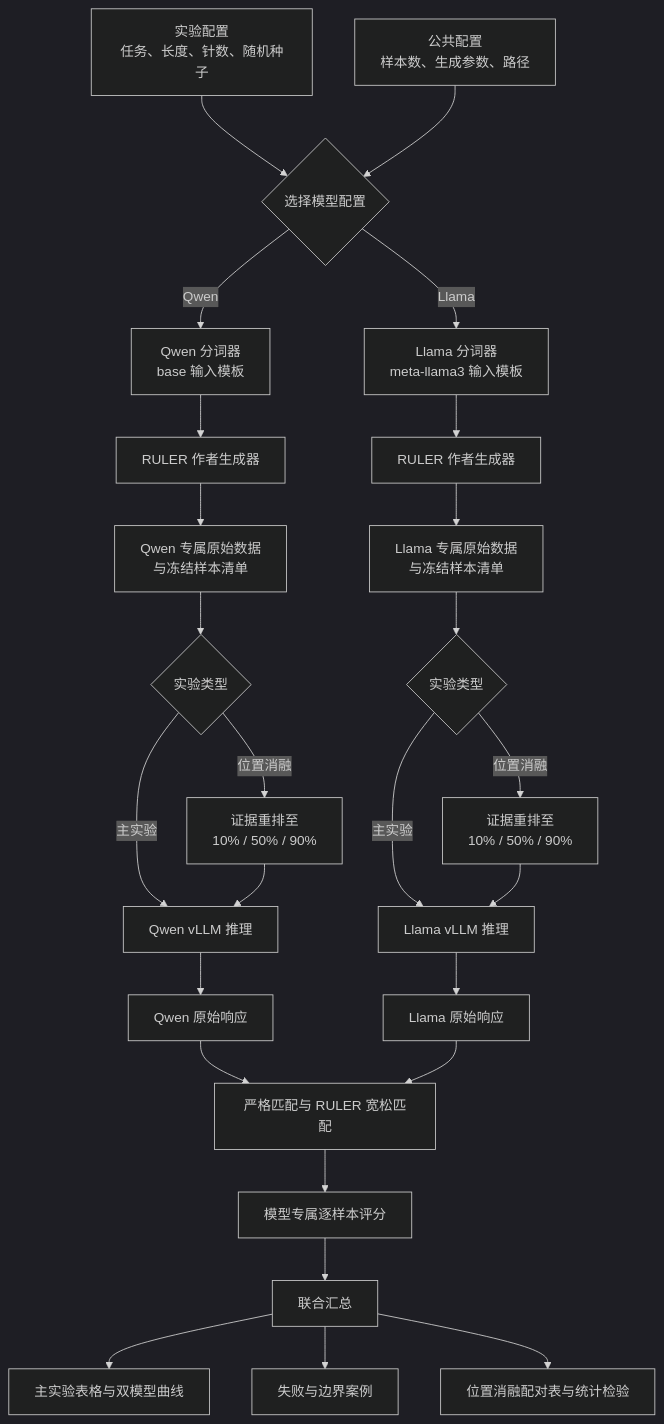
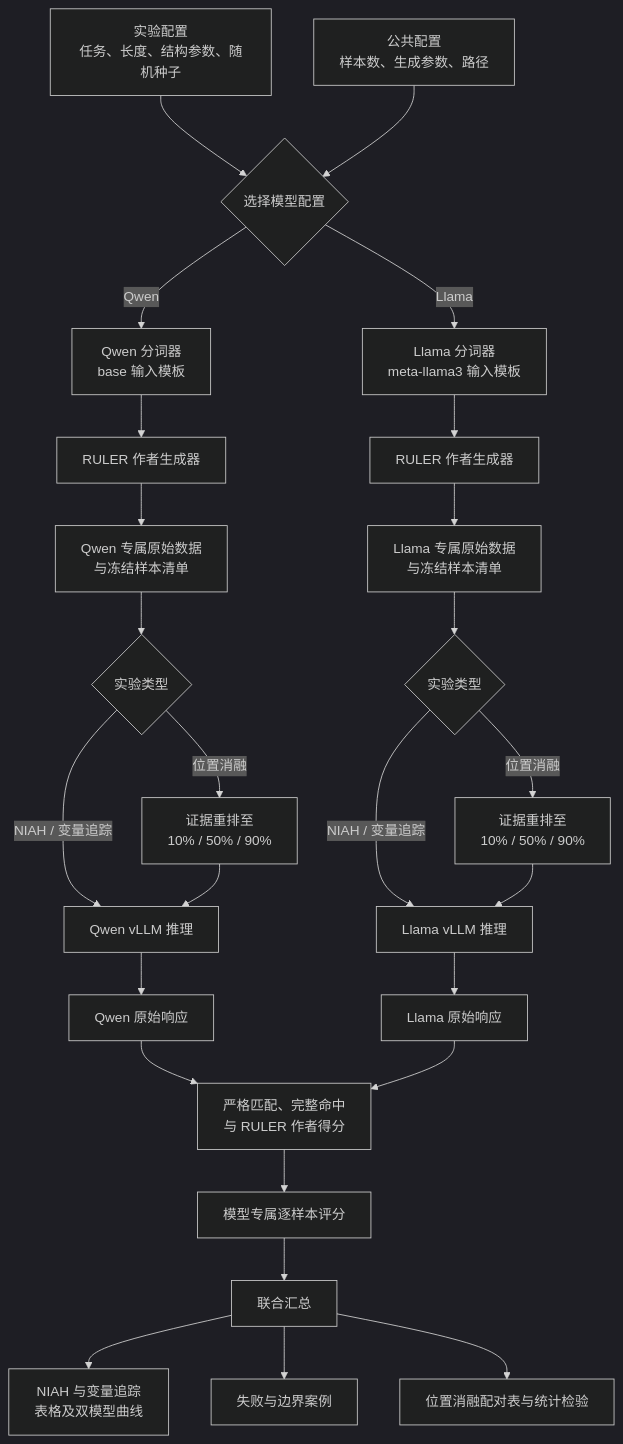
One commit to Ryan-SHU/ruler-reproduction changed the diagram in docs/项目实施设计.md. Above: the diagram before and after it, drawn with Mermaid (dark theme). The commit also changed other lines of this file and 27 other files, not shown here.

````diff
--- a/docs/项目实施设计.md
+++ b/docs/项目实施设计.md
@@ -95,28 +100,28 @@
 ```mermaid
 flowchart TD
-    A[实验配置<br/>任务、长度、针数、随机种子] --> C{选择模型配置}
+    A[实验配置<br/>任务、长度、结构参数、随机种子] --> C{选择模型配置}
     B[公共配置<br/>样本数、生成参数、路径] --> C
     C -->|Qwen| D1[Qwen 分词器<br/>base 输入模板]
     C -->|Llama| D2[Llama 分词器<br/>meta-llama3 输入模板]
     D1 --> E1[RULER 作者生成器]
     D2 --> E2[RULER 作者生成器]
     E1 --> F1[Qwen 专属原始数据<br/>与冻结样本清单]
     E2 --> F2[Llama 专属原始数据<br/>与冻结样本清单]
     F1 --> G1{实验类型}
     F2 --> G2{实验类型}
-    G1 -->|主实验| H1[Qwen vLLM 推理]
+    G1 -->|NIAH / 变量追踪| H1[Qwen vLLM 推理]
     G1 -->|位置消融| I1[证据重排至<br/>10% / 50% / 90%]
-    G2 -->|主实验| H2[Llama vLLM 推理]
+    G2 -->|NIAH / 变量追踪| H2[Llama vLLM 推理]
     G2 -->|位置消融| I2[证据重排至<br/>10% / 50% / 90%]
     I1 --> H1
     I2 --> H2
     H1 --> J1[Qwen 原始响应]
     H2 --> J2[Llama 原始响应]
-    J1 --> K[严格匹配与 RULER 宽松匹配]
+    J1 --> K[严格匹配、完整命中<br/>与 RULER 作者得分]
     J2 --> K
     K --> L[模型专属逐样本评分]
     L --> M[联合汇总]
-    M --> N1[主实验表格与双模型曲线]
+    M --> N1[NIAH 与变量追踪<br/>表格及双模型曲线]
     M --> N2[失败与边界案例]
     M --> N3[位置消融配对表与统计检验]
 ```
````
